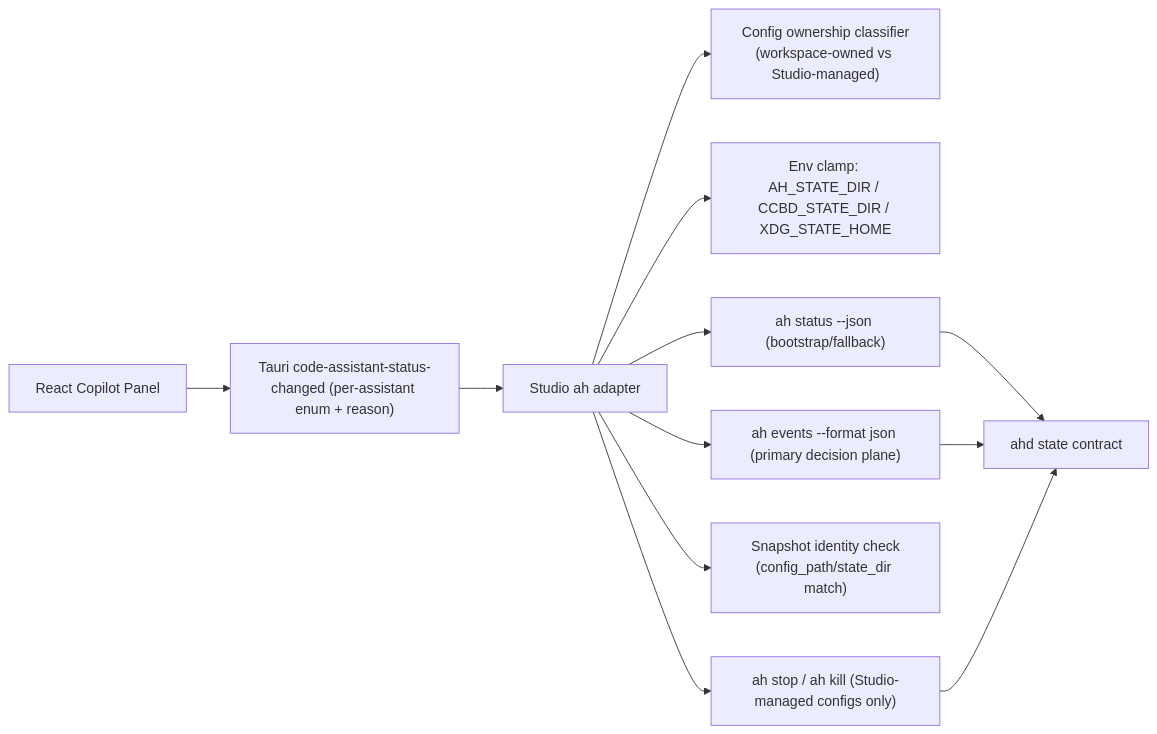
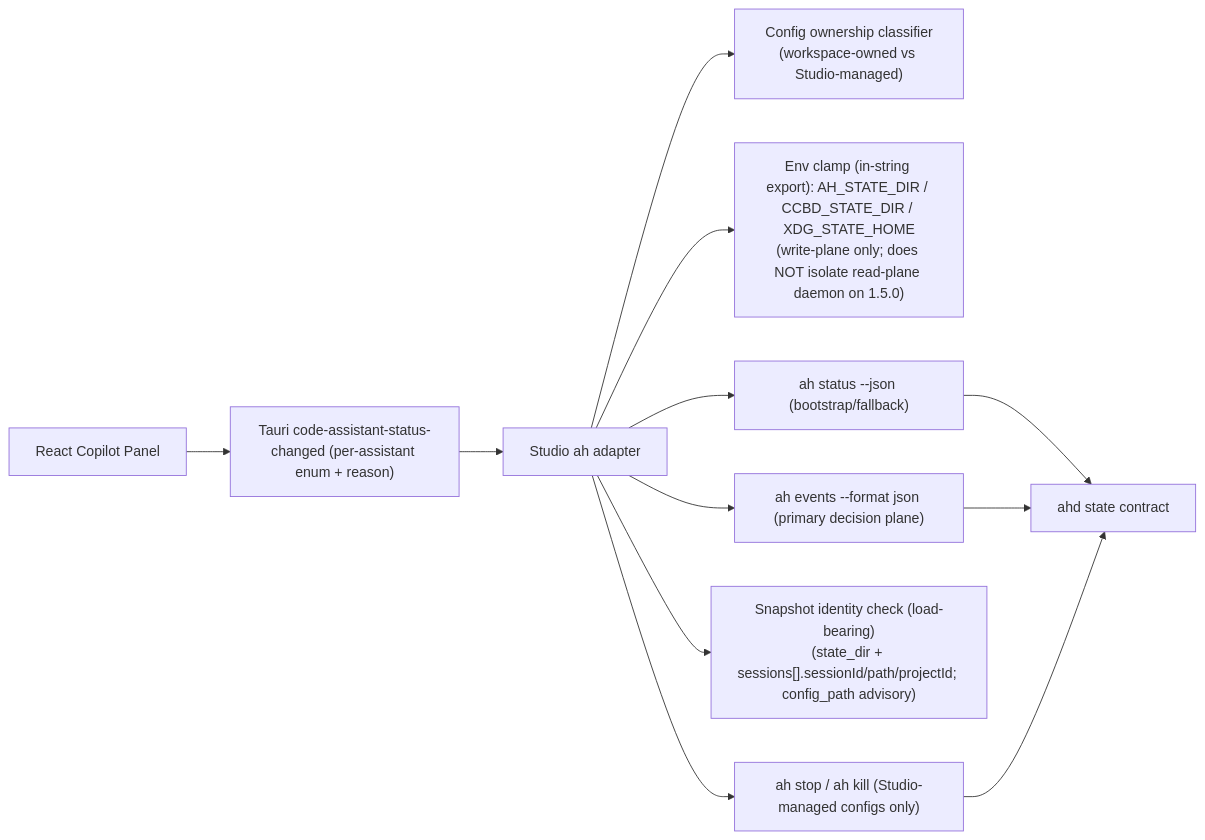
The first of 4 diagrams in .kiro/specs/studio-ah-state-contract-v1/design.md (SevenX77/agent-harness), drawn with Mermaid before and after one commit. The commit also changed other lines of this file and 35 other files, not shown here.

First line of the commit message:
feat(studio): ah state contract v1 — version gate, snapshot identity, per-assistant status, lifecycle decisions (#492)

````diff
--- a/.kiro/specs/studio-ah-state-contract-v1/design.md
+++ b/.kiro/specs/studio-ah-state-contract-v1/design.md
@@ -56,14 +58,14 @@
 ```mermaid
 flowchart LR
   UI["React Copilot Panel"] --> EVT["Tauri code-assistant-status-changed (per-assistant enum + reason)"]
   EVT --> ADAPTER["Studio ah adapter"]
   ADAPTER --> OWN["Config ownership classifier\n(workspace-owned vs Studio-managed)"]
-  ADAPTER --> ENV["Env clamp: AH_STATE_DIR / CCBD_STATE_DIR / XDG_STATE_HOME"]
+  ADAPTER --> ENV["Env clamp (in-string export): AH_STATE_DIR / CCBD_STATE_DIR / XDG_STATE_HOME\n(write-plane only; does NOT isolate read-plane daemon on 1.5.0)"]
   ADAPTER --> STATUS["ah status --json (bootstrap/fallback)"]
   ADAPTER --> EVENTS["ah events --format json (primary decision plane)"]
-  ADAPTER --> IDCHECK["Snapshot identity check\n(config_path/state_dir match)"]
+  ADAPTER --> IDCHECK["Snapshot identity check (load-bearing)\n(state_dir + sessions[].sessionId/path/projectId; config_path advisory)"]
   ADAPTER --> CLOSE["ah stop / ah kill (Studio-managed configs only)"]
   STATUS --> AHD["ahd state contract"]
   EVENTS --> AHD
   CLOSE --> AHD
 ```
````
